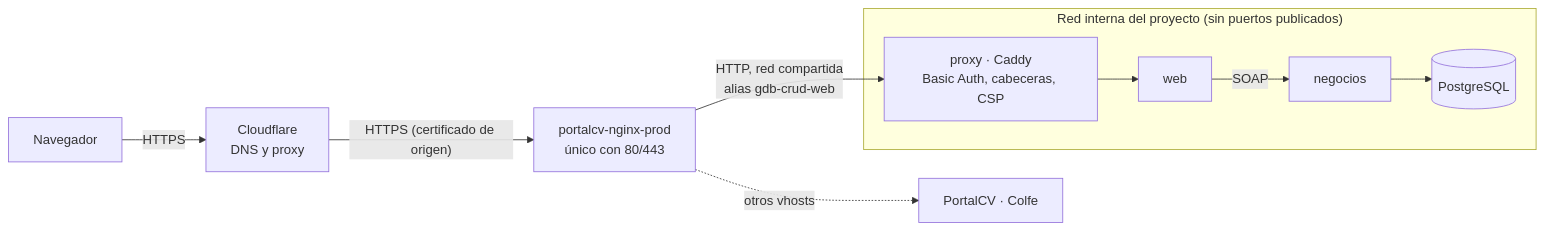
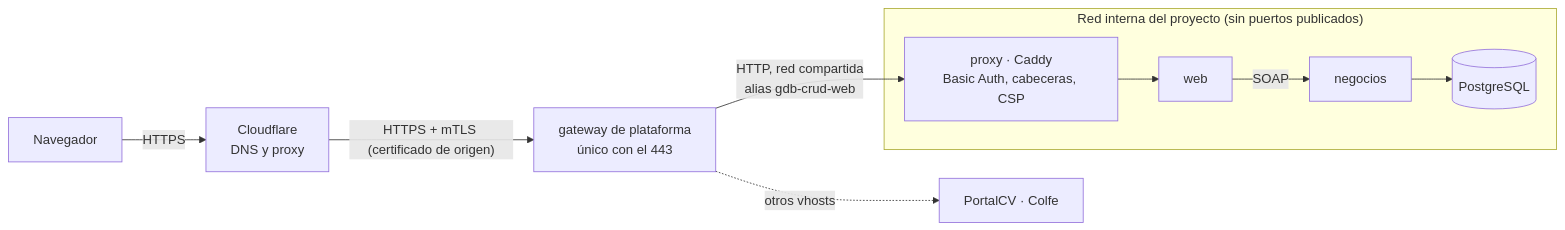
The seventh of 7 diagrams in docs/arquitectura.md (maomauro/GrupoDigitalBank-CRUD), drawn with Mermaid before and after one commit. The commit also changed other lines of this file and 10 other files, not shown here.

First line of the commit message:
feat(despliegue): entrar por el gateway de plataforma (red sitiosapps-edge, ADR 0014)

````diff
--- a/docs/arquitectura.md
+++ b/docs/arquitectura.md
@@ -209,12 +209,12 @@
 ```mermaid
 flowchart LR
     nav["Navegador"] -->|HTTPS| cf["Cloudflare<br/>DNS y proxy"]
-    cf -->|"HTTPS (certificado de origen)"| ng["portalcv-nginx-prod<br/>único con 80/443"]
+    cf -->|"HTTPS + mTLS (certificado de origen)"| ng["gateway de plataforma<br/>único con el 443"]
     ng -->|"HTTP, red compartida<br/>alias gdb-crud-web"| px["proxy · Caddy<br/>Basic Auth, cabeceras, CSP"]
     subgraph gdb["Red interna del proyecto (sin puertos publicados)"]
         px --> web["web"]
         web -->|SOAP| neg["negocios"]
         neg --> db[("PostgreSQL")]
     end
     ng -.->|"otros vhosts"| otros["PortalCV · Colfe"]
 ```
````
